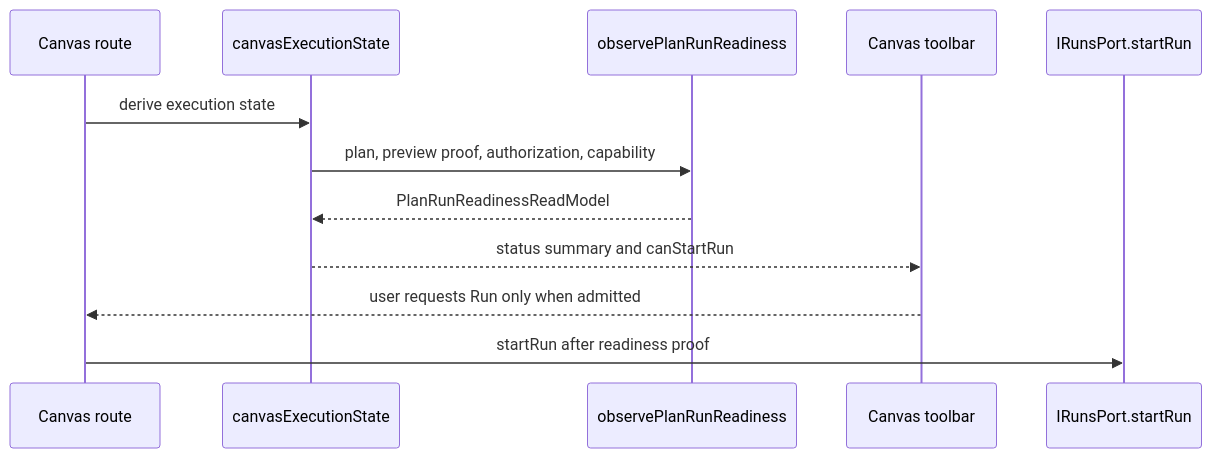
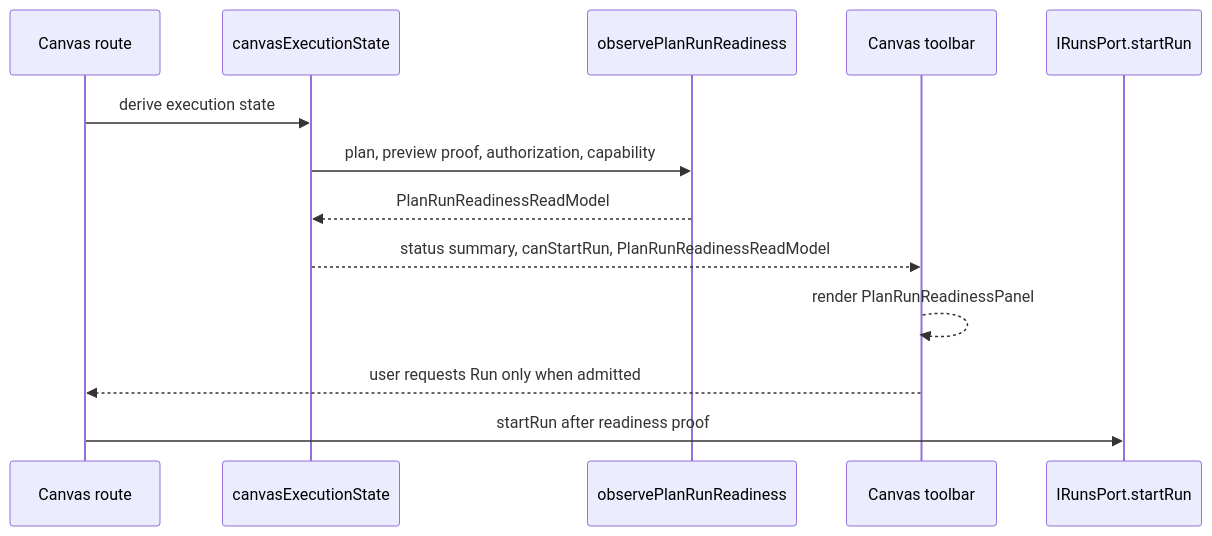
Before and after one commit to dunay2/dvt: the third of 3 diagrams in docs/architecture/components/web/graph/canvas-plan-run-readiness-component.md, drawn with Mermaid. The commit also changed other lines of this file and 20 other files, not shown here.

Commit message:
feat(web): Show canvas plan run readiness

````diff
--- a/docs/architecture/components/web/graph/canvas-plan-run-readiness-component.md
+++ b/docs/architecture/components/web/graph/canvas-plan-run-readiness-component.md
@@ -109,15 +112,16 @@
 ```mermaid
 sequenceDiagram
   participant Canvas as Canvas route
   participant State as canvasExecutionState
   participant Readiness as observePlanRunReadiness
   participant Toolbar as Canvas toolbar
   participant Runs as IRunsPort.startRun
 
   Canvas->>State: derive execution state
   State->>Readiness: plan, preview proof, authorization, capability
   Readiness-->>State: PlanRunReadinessReadModel
-  State-->>Toolbar: status summary and canStartRun
+  State-->>Toolbar: status summary, canStartRun, PlanRunReadinessReadModel
+  Toolbar-->>Toolbar: render PlanRunReadinessPanel
   Toolbar-->>Canvas: user requests Run only when admitted
   Canvas->>Runs: startRun after readiness proof
 ```
````
